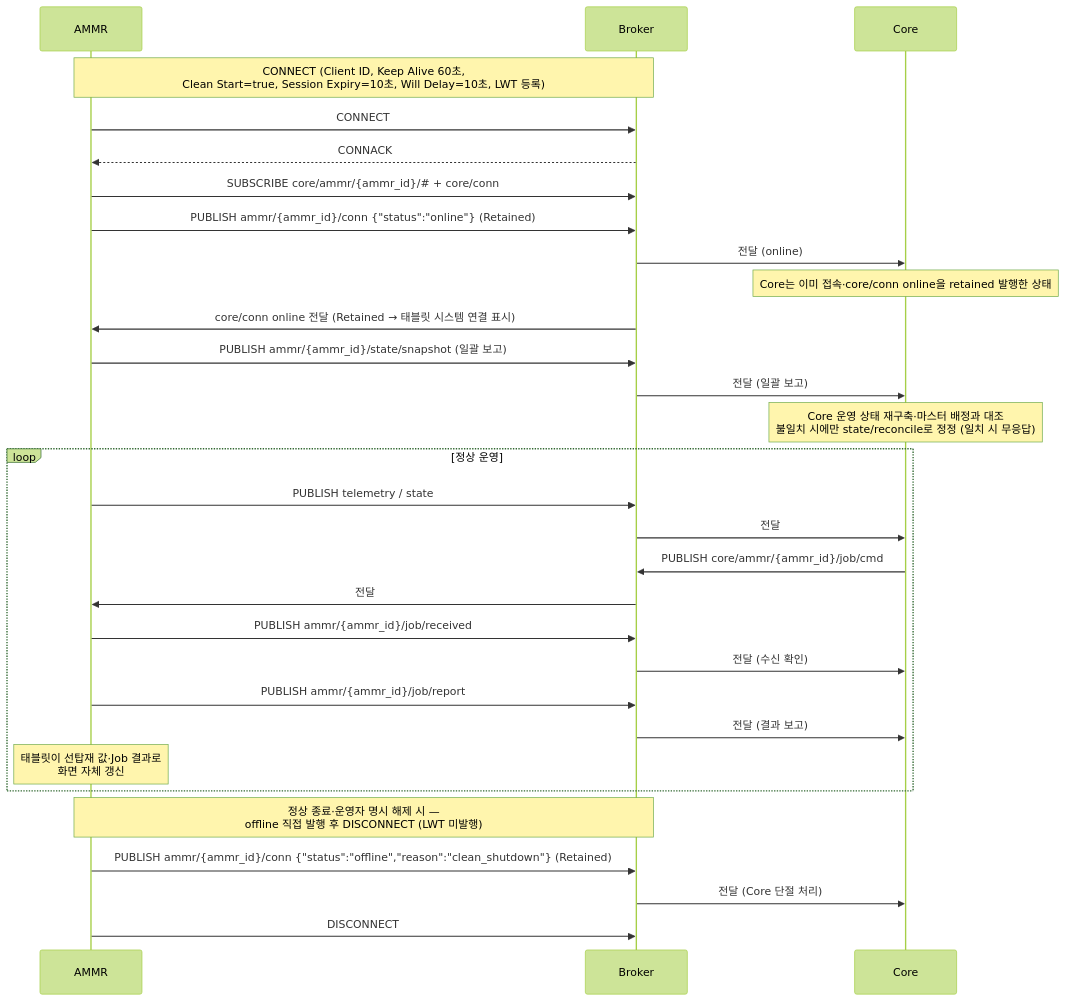
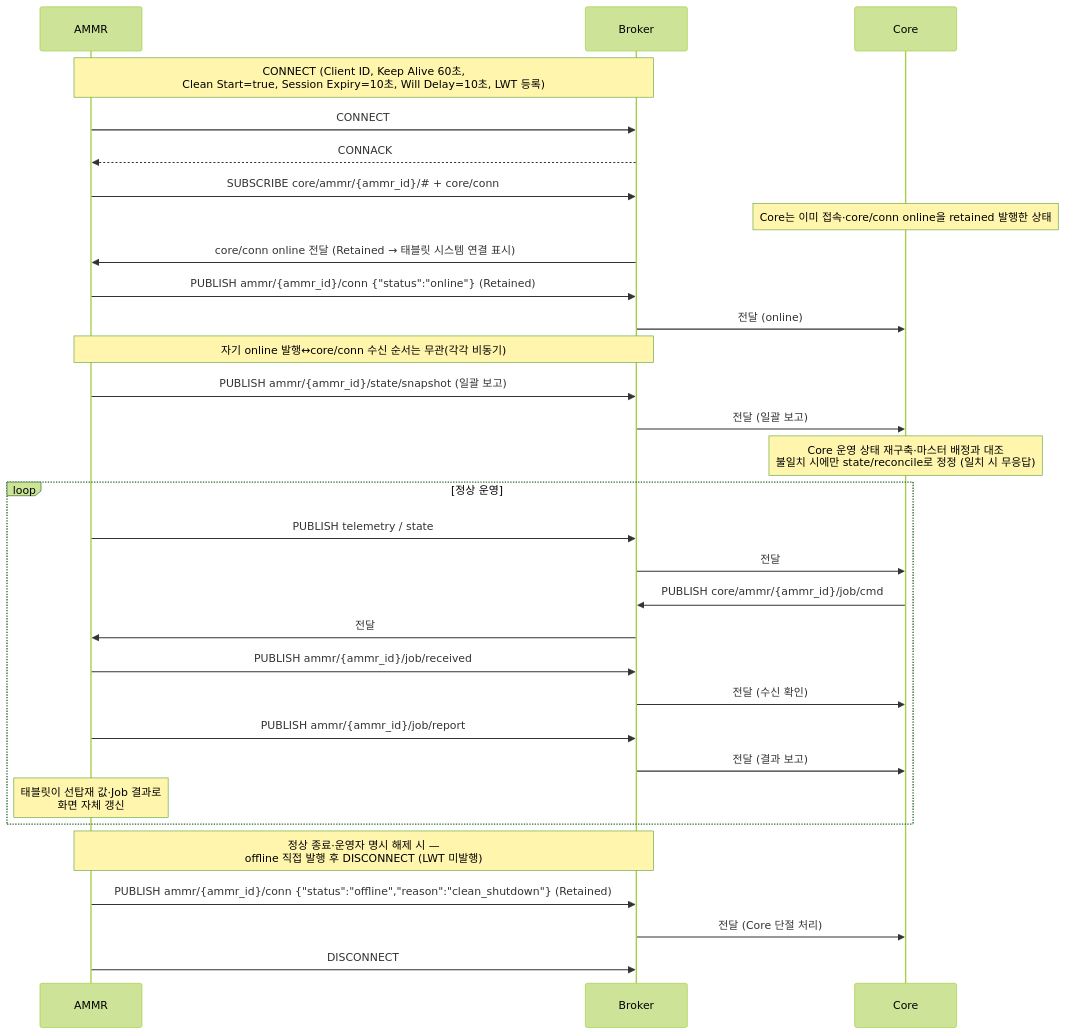
One commit to kimminsu0315/Core-Docs changed the third of 13 diagrams in docs/out/Core_ICD_AMMR.md. Above: the diagram before and after it, drawn with Mermaid (forest theme). The commit also changed other lines of this file and 10 other files, not shown here.

````diff
--- a/docs/out/Core_ICD_AMMR.md
+++ b/docs/out/Core_ICD_AMMR.md
@@ -242,35 +244,36 @@
 ```mermaid
 sequenceDiagram
     participant A as AMMR
     participant B as Broker
     participant C as Core
 
     Note over A,B: CONNECT (Client ID, Keep Alive 60초,<br/>Clean Start=true, Session Expiry=10초, Will Delay=10초, LWT 등록)
     A->>B: CONNECT
     B-->>A: CONNACK
     A->>B: SUBSCRIBE core/ammr/{ammr_id}/#35; + core/conn
+    Note over C: Core는 이미 접속·core/conn online을 retained 발행한 상태
+    B->>A: core/conn online 전달 (Retained → 태블릿 시스템 연결 표시)
     A->>B: PUBLISH ammr/{ammr_id}/conn {"status":"online"} (Retained)
     B->>C: 전달 (online)
-    Note over C: Core는 이미 접속·core/conn online을 retained 발행한 상태
-    B->>A: core/conn online 전달 (Retained → 태블릿 시스템 연결 표시)
+    Note over A,B: 자기 online 발행↔core/conn 수신 순서는 무관(각각 비동기)
     A->>B: PUBLISH ammr/{ammr_id}/state/snapshot (일괄 보고)
     B->>C: 전달 (일괄 보고)
     Note over C: Core 운영 상태 재구축·마스터 배정과 대조<br/>불일치 시에만 state/reconcile로 정정 (일치 시 무응답)
 
     loop 정상 운영
         A->>B: PUBLISH telemetry / state
         B->>C: 전달
         C->>B: PUBLISH core/ammr/{ammr_id}/job/cmd
         B->>A: 전달
         A->>B: PUBLISH ammr/{ammr_id}/job/received
         B->>C: 전달 (수신 확인)
         A->>B: PUBLISH ammr/{ammr_id}/job/report
         B->>C: 전달 (결과 보고)
         Note over A: 태블릿이 선탑재 값·Job 결과로<br/>화면 자체 갱신
     end
 
     Note over A,B: 정상 종료·운영자 명시 해제 시 —<br/>offline 직접 발행 후 DISCONNECT (LWT 미발행)
     A->>B: PUBLISH ammr/{ammr_id}/conn {"status":"offline","reason":"clean_shutdown"} (Retained)
     B->>C: 전달 (Core 단절 처리)
     A->>B: DISCONNECT
 ```
````
